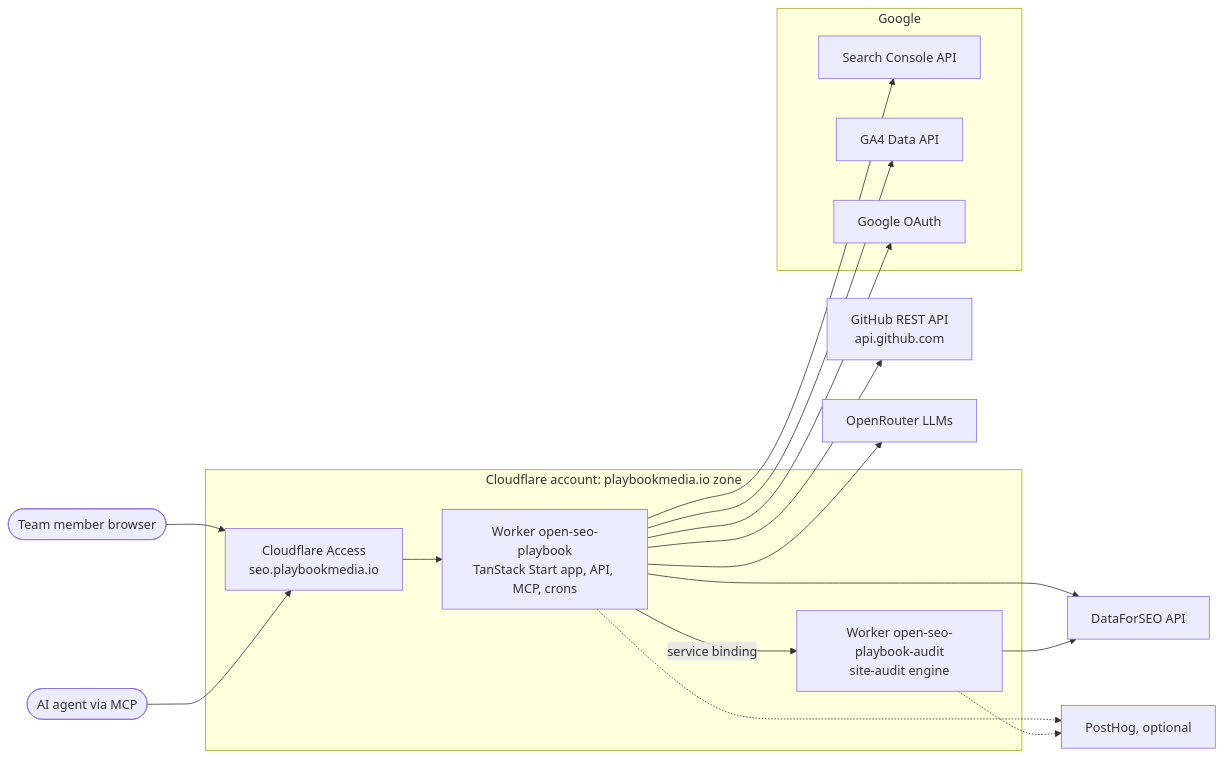
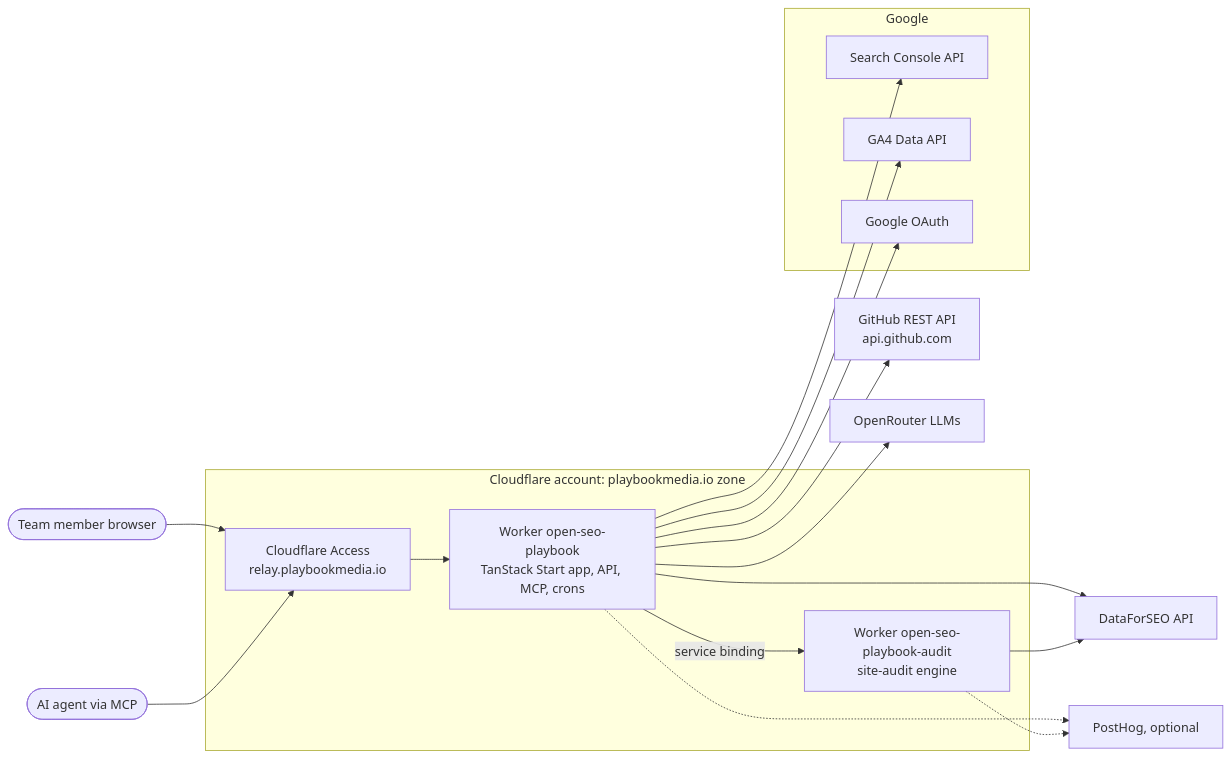
Before and after one commit to PlaybookMediaLLC/open-seo: the first of 5 diagrams in docs/maintainers/playbook-deployment.md, drawn with Mermaid. The commit also changed other lines of this file and 6 other files, not shown here.

First line of the commit message:
chore(deploy): move the Playbook deployment to relay.playbookmedia.io

````diff
--- a/docs/maintainers/playbook-deployment.md
+++ b/docs/maintainers/playbook-deployment.md
@@ -42,30 +42,30 @@
 ```mermaid
 flowchart LR
   user([Team member browser])
   agent([AI agent via MCP])
   subgraph CF[Cloudflare account: playbookmedia.io zone]
-    access[Cloudflare Access<br/>seo.playbookmedia.io]
+    access[Cloudflare Access<br/>relay.playbookmedia.io]
     app[Worker open-seo-playbook<br/>TanStack Start app, API, MCP, crons]
     audit[Worker open-seo-playbook-audit<br/>site-audit engine]
   end
   subgraph Google
     gsc[Search Console API]
     ga4[GA4 Data API]
     oauth[Google OAuth]
   end
   github[GitHub REST API<br/>api.github.com]
   dfs[DataForSEO API]
   llm[OpenRouter LLMs]
   ph[PostHog, optional]
 
   user --> access --> app
   agent --> access
   app -- service binding --> audit
   app --> gsc & ga4 & oauth
   app --> github
   app --> dfs
   audit --> dfs
   app --> llm
   app -.-> ph
   audit -.-> ph
 ```
````
